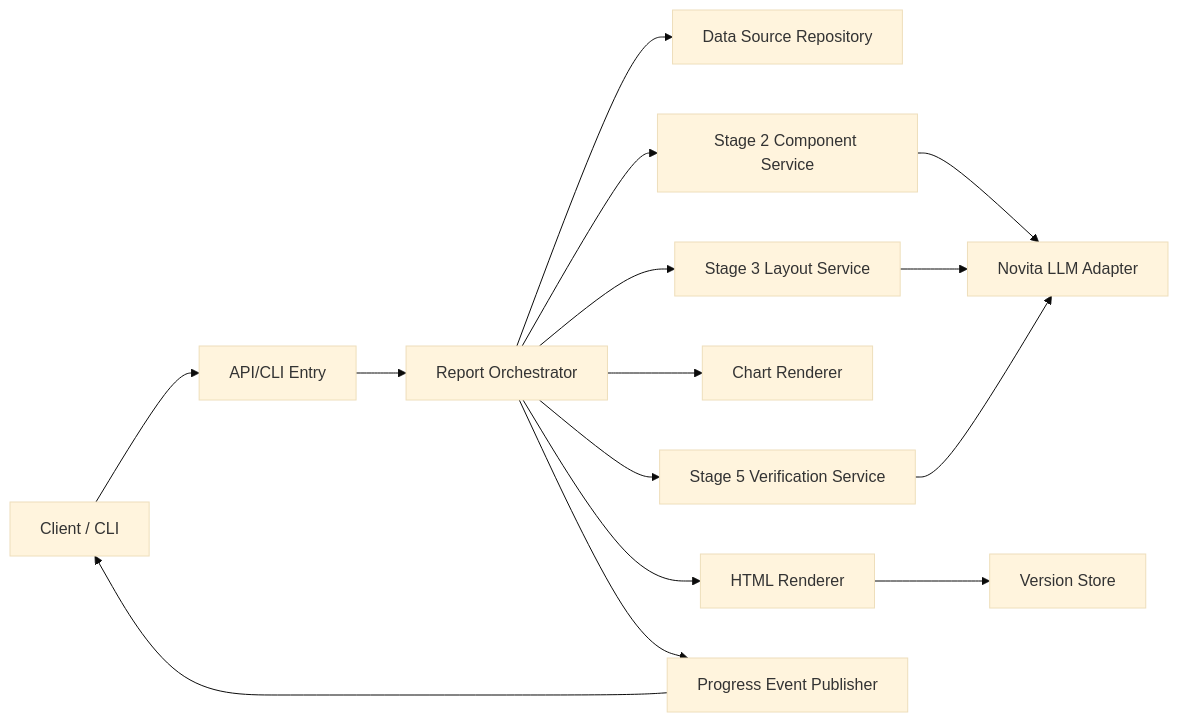
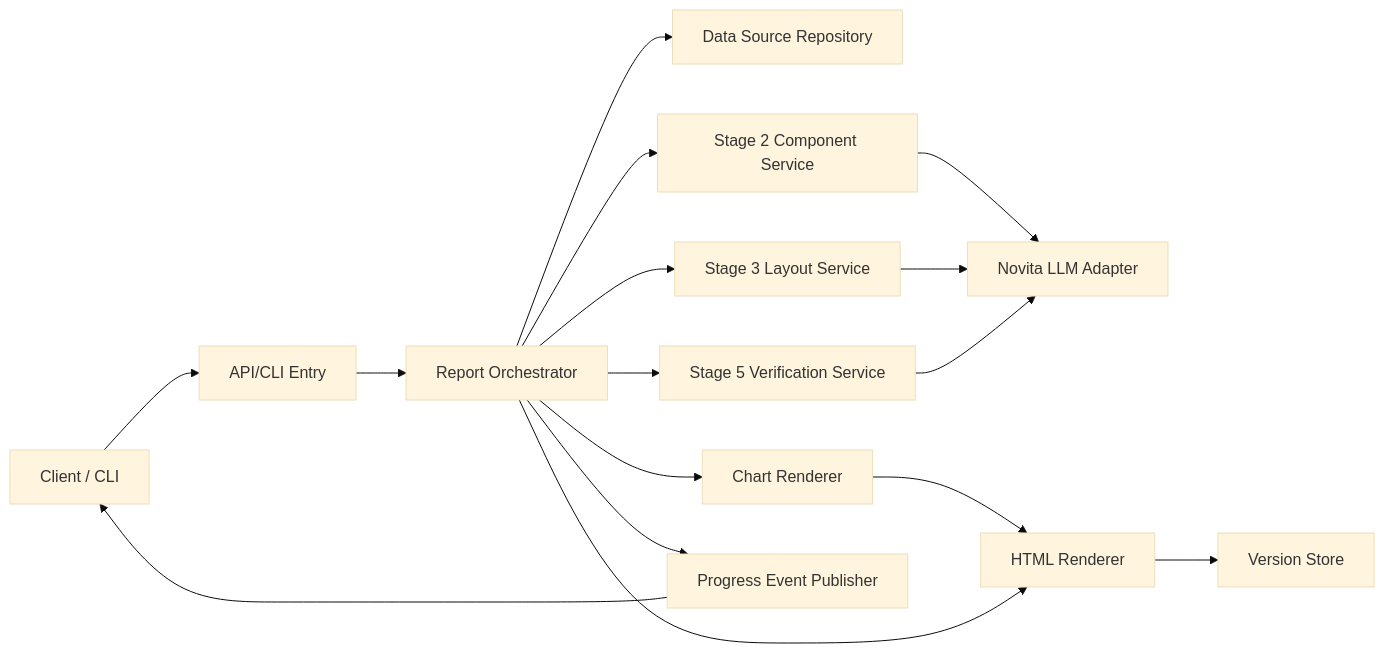
The first of 4 diagrams in document/plan/리포트_엔진_아키텍처_문서-20260527.md (kbh0083/report-builder), drawn with Mermaid (base theme) before and after one commit. The commit also changed other lines of this file and 36 other files, not shown here.

````diff
--- a/document/plan/리포트_엔진_아키텍처_문서-20260527.md
+++ b/document/plan/리포트_엔진_아키텍처_문서-20260527.md
@@ -20,17 +20,18 @@
 ```mermaid
 flowchart LR
     Client["Client / CLI"] --> Entry["API/CLI Entry"]
     Entry --> Orchestrator["Report Orchestrator"]
     Orchestrator --> DataStore["Data Source Repository"]
     Orchestrator --> ComponentGen["Stage 2 Component Service"]
     ComponentGen --> LLM["Novita LLM Adapter"]
     Orchestrator --> LayoutGen["Stage 3 Layout Service"]
     LayoutGen --> LLM
     Orchestrator --> ChartRenderer["Chart Renderer"]
-    Orchestrator --> HtmlRenderer["HTML Renderer"]
+    ChartRenderer --> HtmlRenderer["HTML Renderer"]
+    Orchestrator --> HtmlRenderer
     HtmlRenderer --> VersionStore["Version Store"]
     Orchestrator --> Verifier["Stage 5 Verification Service"]
     Verifier --> LLM
     Orchestrator --> EventBus["Progress Event Publisher"]
     EventBus --> Client
 ```
````
